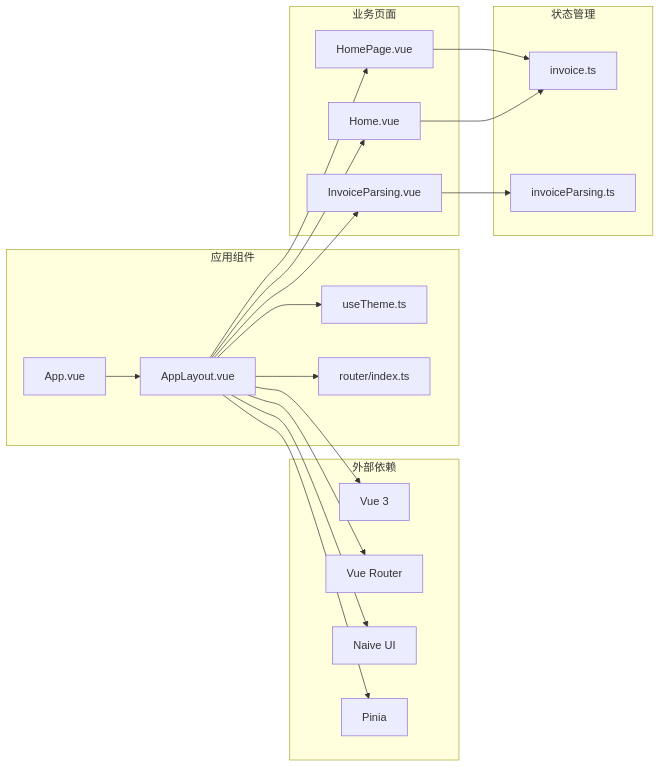
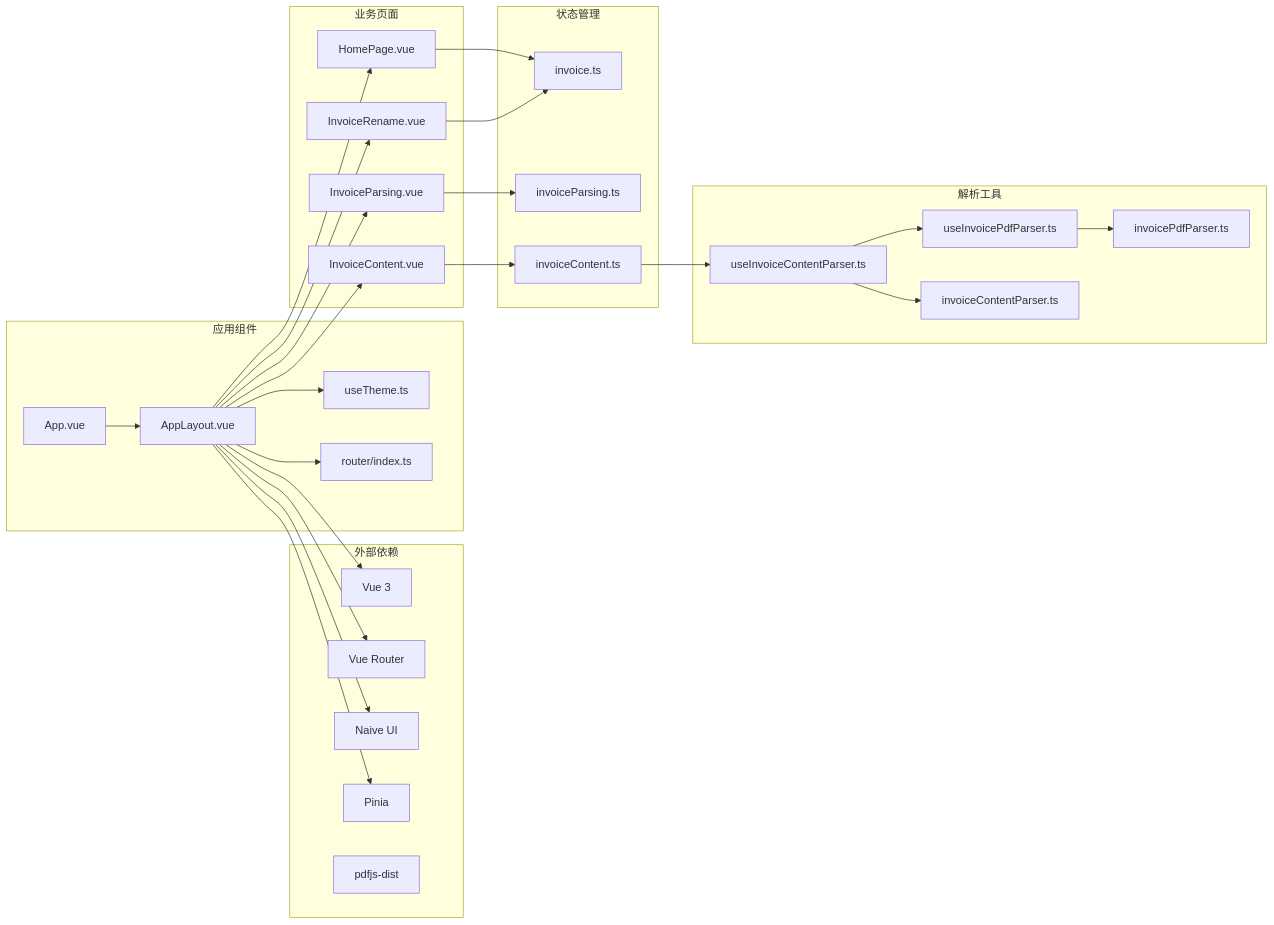
Before and after one commit to dunhuixiao/FinanceTools: the eighth of 9 diagrams in .qoder/repowiki/zh/content/组件架构设计/AppLayout 根布局组件.md, drawn with Mermaid. The commit also changed other lines of this file and 20 other files, not shown here.

````diff
--- a/.qoder/repowiki/zh/content/组件架构设计/AppLayout 根布局组件.md
+++ b/.qoder/repowiki/zh/content/组件架构设计/AppLayout 根布局组件.md
@@ -251,37 +367,52 @@
 ```mermaid
 graph LR
 subgraph "外部依赖"
 Vue[Vue 3]
 Router[Vue Router]
 Naive[Naive UI]
 Pinia[Pinia]
+PDFJS[pdfjs-dist]
 end
 subgraph "应用组件"
 AppLayout[AppLayout.vue]
 App[App.vue]
 Theme[useTheme.ts]
 RouterConfig[router/index.ts]
 end
 subgraph "业务页面"
 HomePage[HomePage.vue]
-Home[Home.vue]
+InvoiceRename[InvoiceRename.vue]
 InvoiceParsing[InvoiceParsing.vue]
+InvoiceContent[InvoiceContent.vue]
 end
 subgraph "状态管理"
 InvoiceStore[invoice.ts]
 ParsingStore[invoiceParsing.ts]
+ContentStore[invoiceContent.ts]
+end
+subgraph "解析工具"
+PdfParser[useInvoicePdfParser.ts]
+ContentParser[useInvoiceContentParser.ts]
+PdfUtils[invoicePdfParser.ts]
+ContentUtils[invoiceContentParser.ts]
 end
 App --> AppLayout
 AppLayout --> Theme
 AppLayout --> RouterConfig
 AppLayout --> HomePage
-AppLayout --> Home
+AppLayout --> InvoiceRename
 AppLayout --> InvoiceParsing
+AppLayout --> InvoiceContent
 HomePage --> InvoiceStore
-Home --> InvoiceStore
+InvoiceRename --> InvoiceStore
 InvoiceParsing --> ParsingStore
+InvoiceContent --> ContentStore
+ContentStore --> ContentParser
+ContentParser --> ContentUtils
 AppLayout --> Vue
 AppLayout --> Router
 AppLayout --> Naive
 AppLayout --> Pinia
+ContentParser --> PdfParser
+PdfParser --> PdfUtils
 ```
````
